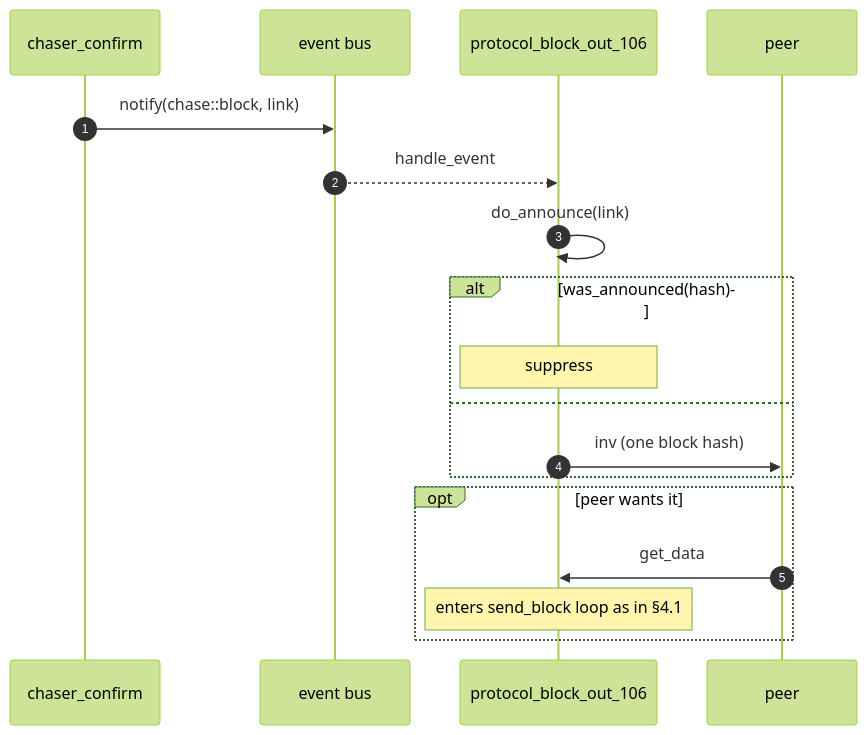
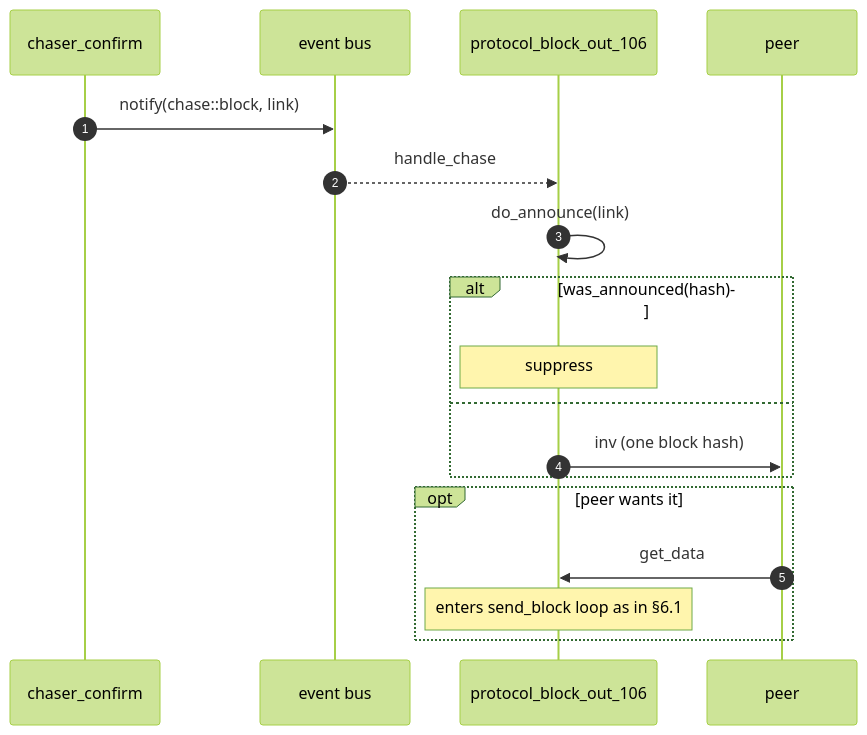
Before and after one commit to libbitcoin/libbitcoin.github.io: the third of 4 diagrams in architecture/md/08-block-out-protocols.md, drawn with Mermaid (forest theme). The commit also changed other lines of this file and 31 other files, not shown here.

Commit message:
Add the node architecture pages.

````diff
--- a/architecture/md/08-block-out-protocols.md
+++ b/architecture/md/08-block-out-protocols.md
@@ -364,21 +276,21 @@
 ```mermaid
 sequenceDiagram
     autonumber
     participant CNF as chaser_confirm
     participant Bus as event bus
     participant POUT as protocol_block_out_106
     participant PEER as peer
 
     CNF->>Bus: notify(chase::block, link)
-    Bus-->>POUT: handle_event
+    Bus-->>POUT: handle_chase
     POUT->>POUT: do_announce(link)
     alt was_announced(hash)
         Note over POUT: suppress
     else
         POUT->>PEER: inv (one block hash)
     end
     opt peer wants it
         PEER->>POUT: get_data
-        Note over POUT: enters send_block loop as in §4.1
+        Note over POUT: enters send_block loop as in §6.1
     end
 ```
````
